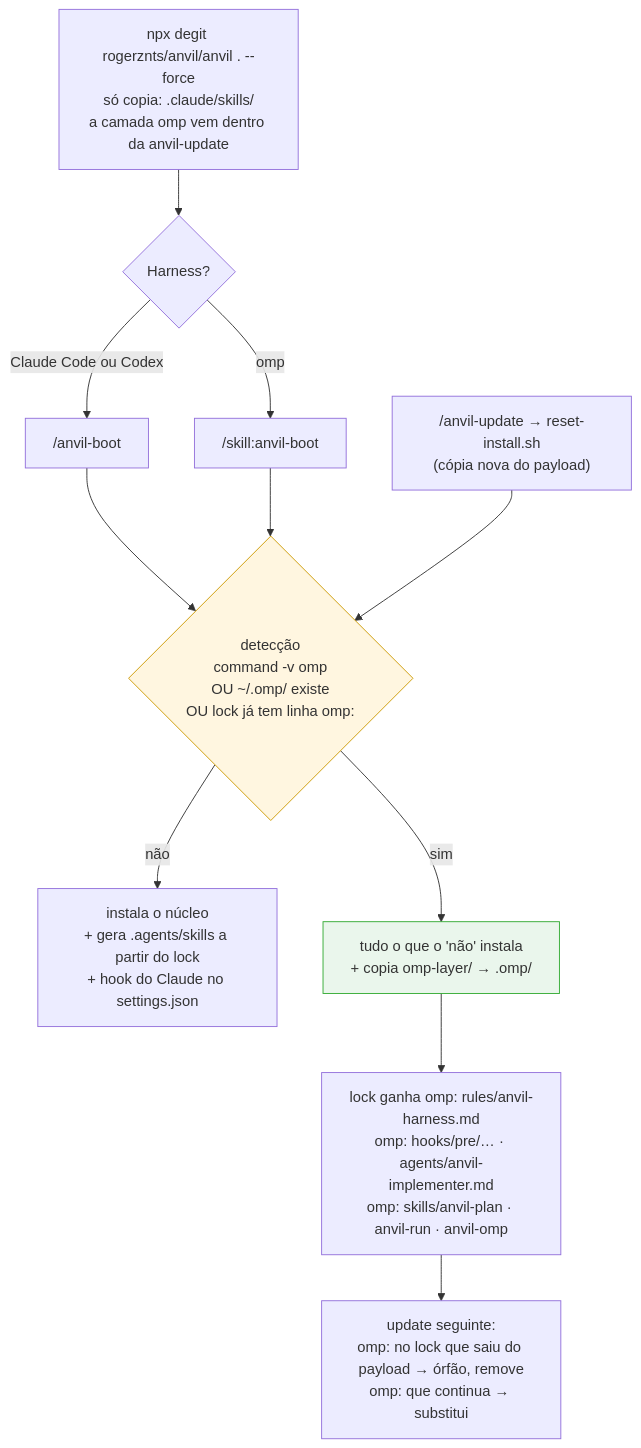
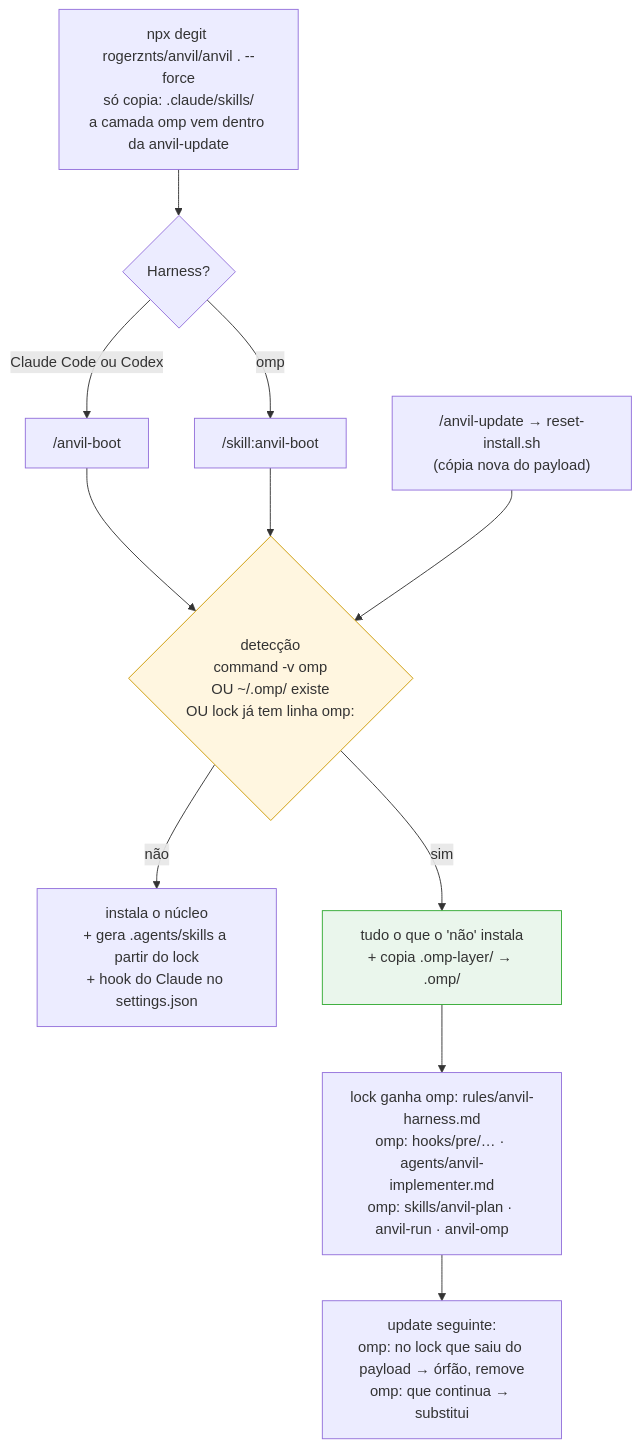
The second of 5 diagrams in docs/discovery/camadas-anvil-omp.md (rogerznts/anvil), drawn with Mermaid before and after one commit. The commit also changed other lines of this file and 8 other files, not shown here.

First line of the commit message:
feat(anvil-update): add the anvil-harness rule and the anvil-omp manual to the omp layer

````diff
--- a/docs/discovery/camadas-anvil-omp.md
+++ b/docs/discovery/camadas-anvil-omp.md
@@ -60,19 +60,19 @@
 ```mermaid
 flowchart TD
     A["npx degit rogerznts/anvil/anvil . --force<br/>só copia: .claude/skills/<br/>a camada omp vem dentro da anvil-update"] --> B{"Harness?"}
     B -->|Claude Code ou Codex| C["/anvil-boot"]
     B -->|omp| C2["/skill:anvil-boot"]
     C --> DET
     C2 --> DET
 
     U["/anvil-update → reset-install.sh<br/>(cópia nova do payload)"] --> DET
 
     DET{"detecção<br/>command -v omp<br/>OU ~/.omp/ existe<br/>OU lock já tem linha omp:"}
     DET -->|não| N["instala o núcleo<br/>+ gera .agents/skills a partir do lock<br/>+ hook do Claude no settings.json"]
-    DET -->|sim| Y["tudo o que o 'não' instala<br/>+ copia omp-layer/ → .omp/"]
+    DET -->|sim| Y["tudo o que o 'não' instala<br/>+ copia .omp-layer/ → .omp/"]
     Y --> LK["lock ganha omp: rules/anvil-harness.md<br/>omp: hooks/pre/… · agents/anvil-implementer.md<br/>omp: skills/anvil-plan · anvil-run · anvil-omp"]
     LK --> ORF["update seguinte:<br/>omp: no lock que saiu do payload → órfão, remove<br/>omp: que continua → substitui"]
 
     style DET fill:#fff6e0,stroke:#c90
     style Y fill:#eaf6ec,stroke:#3a3
 ```
````
